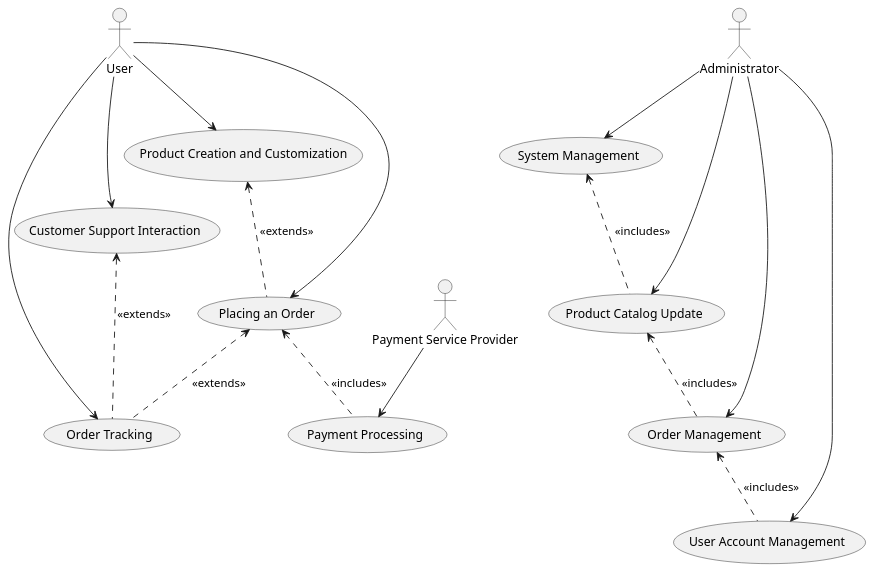
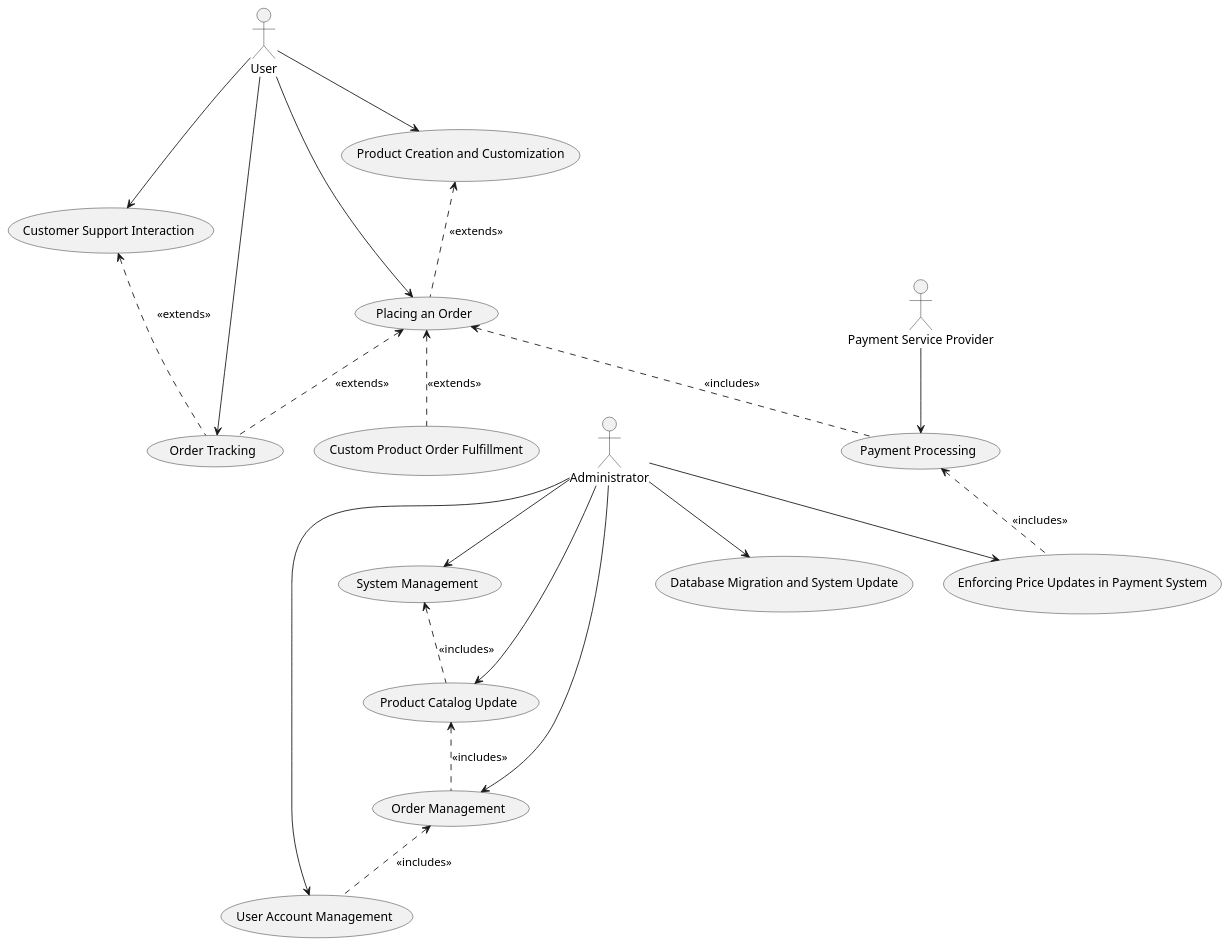
One commit to sbjohansen/plantUMLProject changed the diagram in useCaseDiagram.puml. Above: the diagram before and after it, drawn with PlantUML. The commit also changed other lines of this file and 2 other files, not shown here.

```diff
--- a/useCaseDiagram.puml
+++ b/useCaseDiagram.puml
@@ -1,37 +1,44 @@
-@startuml diagramPU
-
+@startuml usecaseDiagram
 actor User
 actor Administrator
 actor "Payment Service Provider"
 
 usecase "Product Creation and Customization" as PCC
 usecase "Placing an Order" as PO
 usecase "Order Tracking" as OT
 usecase "Customer Support Interaction" as CSI
 usecase "System Management" as SM
 usecase "Product Catalog Update" as PCU
 usecase "Order Management" as OM
 usecase "User Account Management" as UAM
 usecase "Payment Processing" as PP
 
+usecase "Enforcing Price Updates in Payment System" as EPPS
+usecase "Database Migration and System Update" as DMSU
+usecase "Custom Product Order Fulfillment" as CPOF
+
 User --> PCC
 User --> PO
 User --> OT
 User --> CSI
 
 Administrator --> SM
 Administrator --> PCU
 Administrator --> OM
 Administrator --> UAM
+Administrator --> EPPS
+Administrator --> DMSU
 
 "Payment Service Provider" --> PP
 
 PCC <.. PO : <<extends>>
 PO <.. OT : <<extends>>
 PO <.. PP : <<includes>>
 CSI <.. OT : <<extends>>
 SM <.. PCU : <<includes>>
 PCU <.. OM : <<includes>>
 OM <.. UAM : <<includes>>
+PO <.. CPOF : <<extends>>
 
+PP <.. EPPS : <<includes>>
 @enduml
```
